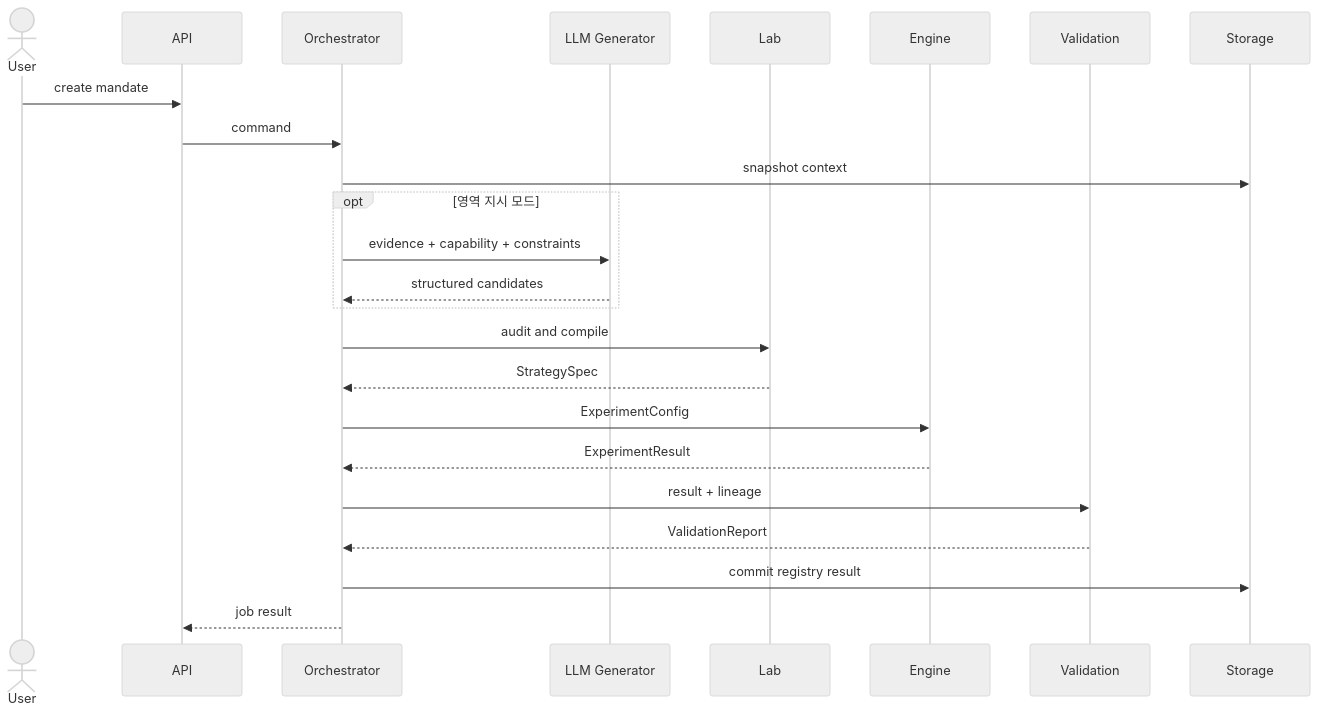
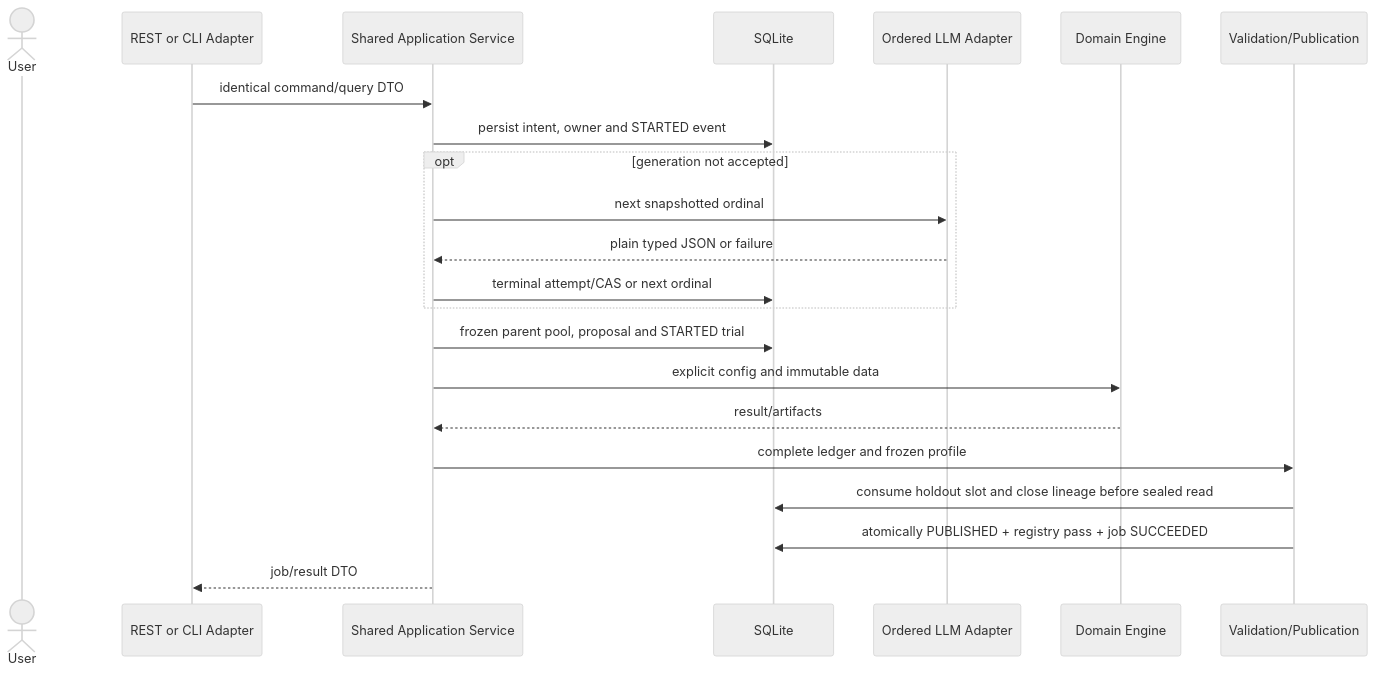
Before and after one commit to PJH-02/Alpha_factory: the second of 2 diagrams in docs/02_Architecture.md, drawn with Mermaid (neutral theme). The commit also changed other lines of this file and 157 other files, not shown here.

````diff
--- a/docs/02_Architecture.md
+++ b/docs/02_Architecture.md
@@ -193,27 +131,24 @@
 ```mermaid
 sequenceDiagram
     actor User
-    participant API
-    participant Orch as Orchestrator
-    participant Gen as LLM Generator
-    participant Lab
-    participant Eng as Engine
-    participant Val as Validation
-    participant DB as Storage
-
-    User->>API: create mandate
-    API->>Orch: command
-    Orch->>DB: snapshot context
-    opt 영역 지시 모드
-        Orch->>Gen: evidence + capability + constraints
-        Gen-->>Orch: structured candidates
+    participant I as REST or CLI Adapter
+    participant A as Shared Application Service
+    participant DB as SQLite
+    participant G as Ordered LLM Adapter
+    participant E as Domain Engine
+    participant V as Validation/Publication
+    I->>A: identical command/query DTO
+    A->>DB: persist intent, owner and STARTED event
+    opt generation not accepted
+        A->>G: next snapshotted ordinal
+        G-->>A: plain typed JSON or failure
+        A->>DB: terminal attempt/CAS or next ordinal
     end
-    Orch->>Lab: audit and compile
-    Lab-->>Orch: StrategySpec
-    Orch->>Eng: ExperimentConfig
-    Eng-->>Orch: ExperimentResult
-    Orch->>Val: result + lineage
-    Val-->>Orch: ValidationReport
-    Orch->>DB: commit registry result
-    Orch-->>API: job result
+    A->>DB: frozen parent pool, proposal and STARTED trial
+    A->>E: explicit config and immutable data
+    E-->>A: result/artifacts
+    A->>V: complete ledger and frozen profile
+    V->>DB: consume holdout slot and close lineage before sealed read
+    V->>DB: atomically PUBLISHED + registry pass + job SUCCEEDED
+    A-->>I: job/result DTO
 ```
````
